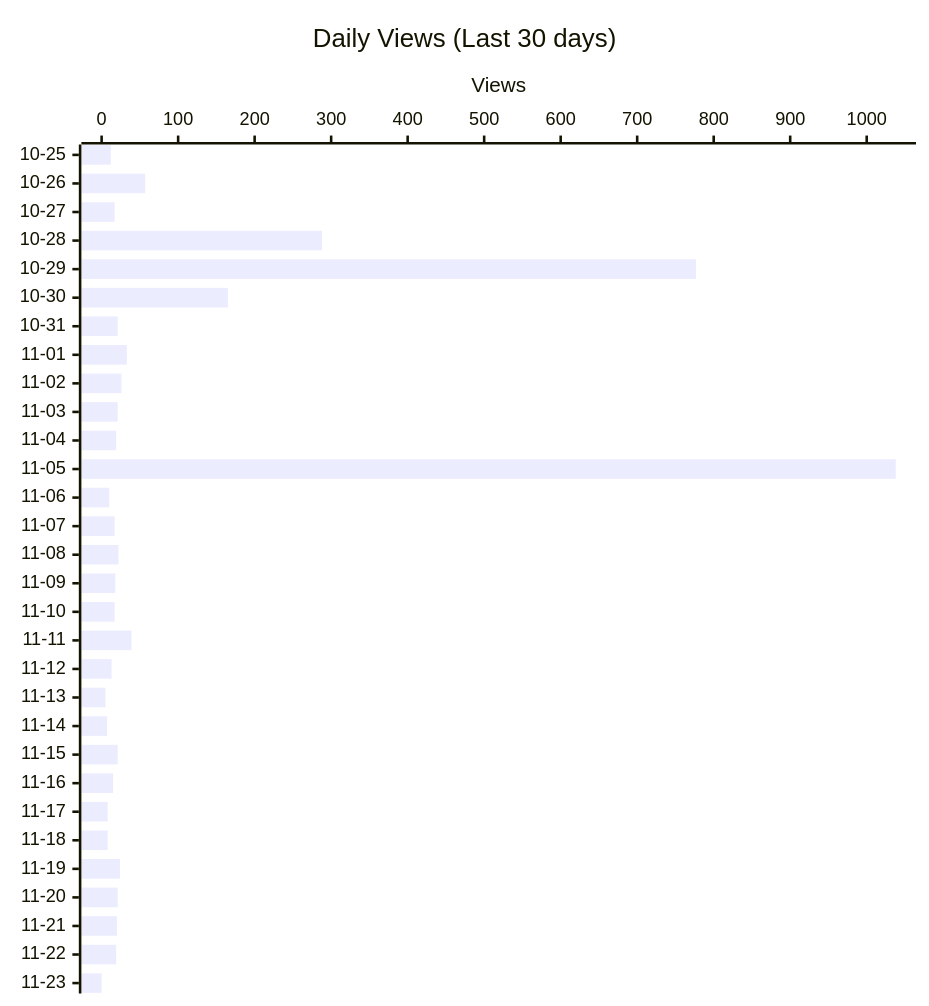
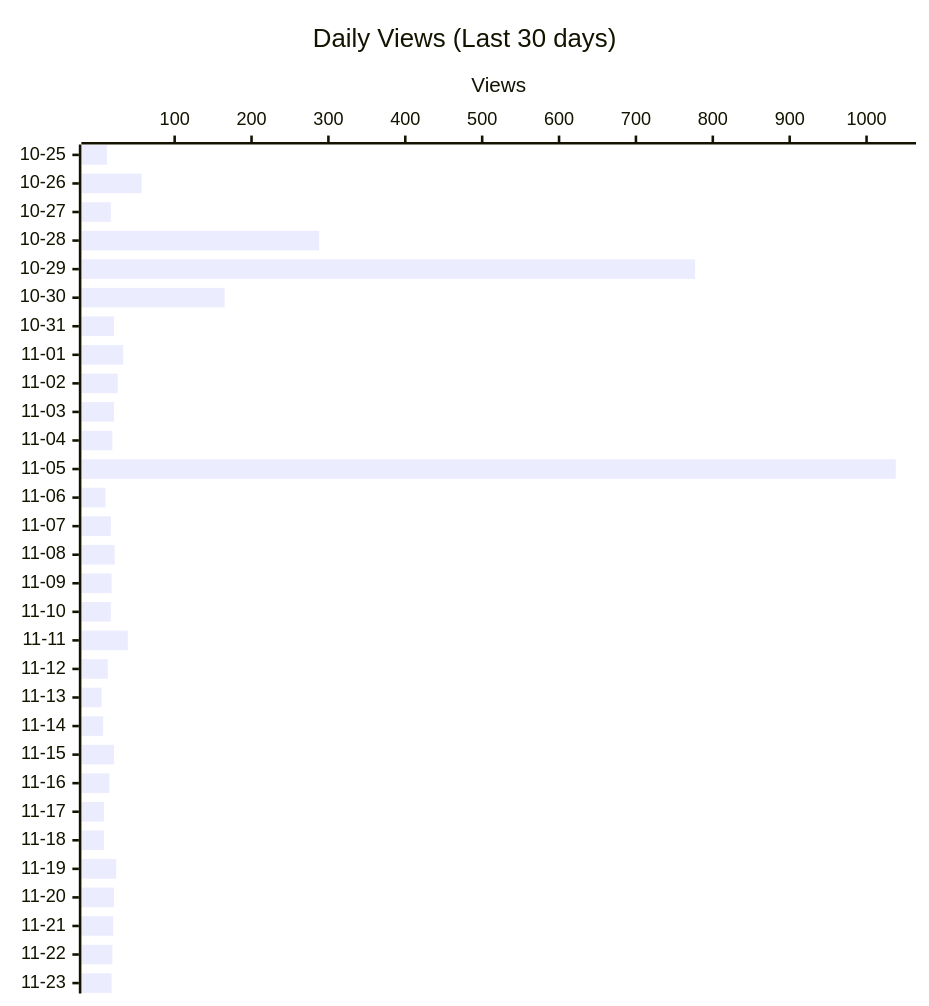
Before and after one commit to shigechika/github-insights: the second of 4 diagrams in README.md, drawn with Mermaid. The commit also changed other lines of this file and 1 other file, not shown here.

````diff
--- a/README.md
+++ b/README.md
@@ -28,12 +28,12 @@
 ```mermaid
 ---
 config:
   xyChart:
     height: 760
 ---
 xychart-beta horizontal
     title "Daily Views (Last 30 days)"
     x-axis ["10-25", "10-26", "10-27", "10-28", "10-29", "10-30", "10-31", "11-01", "11-02", "11-03", "11-04", "11-05", "11-06", "11-07", "11-08", "11-09", "11-10", "11-11", "11-12", "11-13", "11-14", "11-15", "11-16", "11-17", "11-18", "11-19", "11-20", "11-21", "11-22", "11-23"]
     y-axis "Views"
-    bar [12, 57, 17, 288, 777, 165, 21, 33, 26, 21, 19, 1038, 10, 17, 22, 18, 17, 39, 13, 5, 7, 21, 15, 8, 8, 24, 21, 20, 19, 0]
+    bar [12, 57, 17, 288, 777, 165, 21, 33, 26, 21, 19, 1038, 10, 17, 22, 18, 17, 39, 13, 5, 7, 21, 15, 8, 8, 24, 21, 20, 19, 18]
 ```
````
